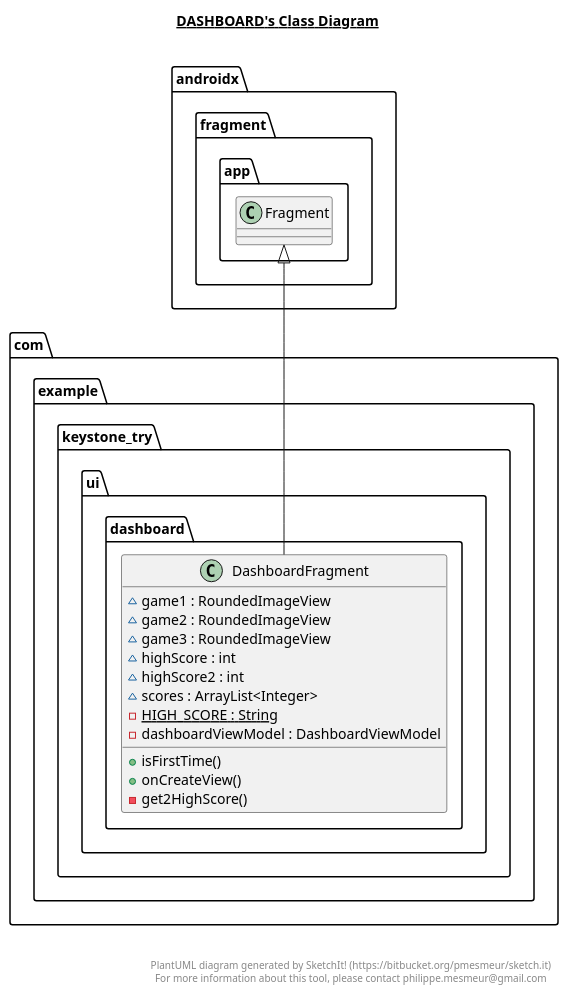
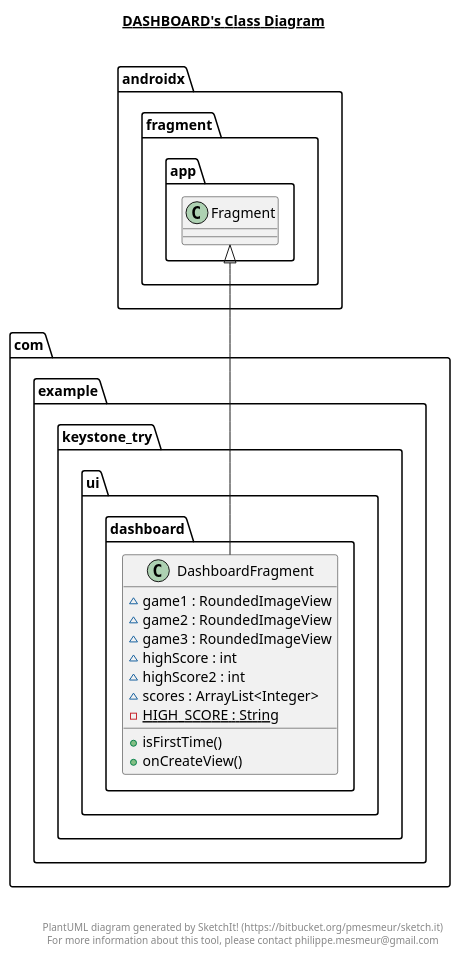
One commit to BohanShi/keystone_try changed the diagram in app/src/main/java/com/example/keystone_try/ui/dashboard/dashboard.plantuml. Above: the diagram before and after it, drawn with PlantUML. The commit also changed 22 other files, not shown here.

```diff
--- a/app/src/main/java/com/example/keystone_try/ui/dashboard/dashboard.plantuml
+++ b/app/src/main/java/com/example/keystone_try/ui/dashboard/dashboard.plantuml
@@ -1,36 +1,34 @@
 @startuml
 
 title __DASHBOARD's Class Diagram__\n
 
   namespace com.example.keystone_try {
     namespace ui {
       namespace dashboard {
         class com.example.keystone_try.ui.dashboard.DashboardFragment {
             ~ game1 : RoundedImageView
             ~ game2 : RoundedImageView
             ~ game3 : RoundedImageView
             ~ highScore : int
             ~ highScore2 : int
             ~ scores : ArrayList<Integer>
             {static} - HIGH_SCORE : String
-            - dashboardViewModel : DashboardViewModel
             + isFirstTime()
             + onCreateView()
-            - get2HighScore()
         }
       }
     }
   }
   
 
   com.example.keystone_try.ui.dashboard.DashboardFragment -up-|> androidx.fragment.app.Fragment
 
 
 right footer
 
 
 PlantUML diagram generated by SketchIt! (https://bitbucket.org/pmesmeur/sketch.it)
 For more information about this tool, please contact philippe.mesmeur@gmail.com
 endfooter
 
 @enduml
```
